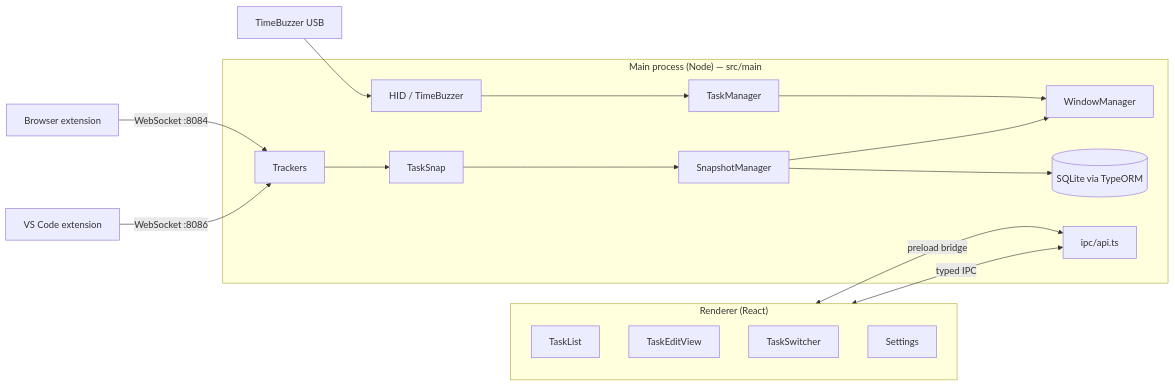
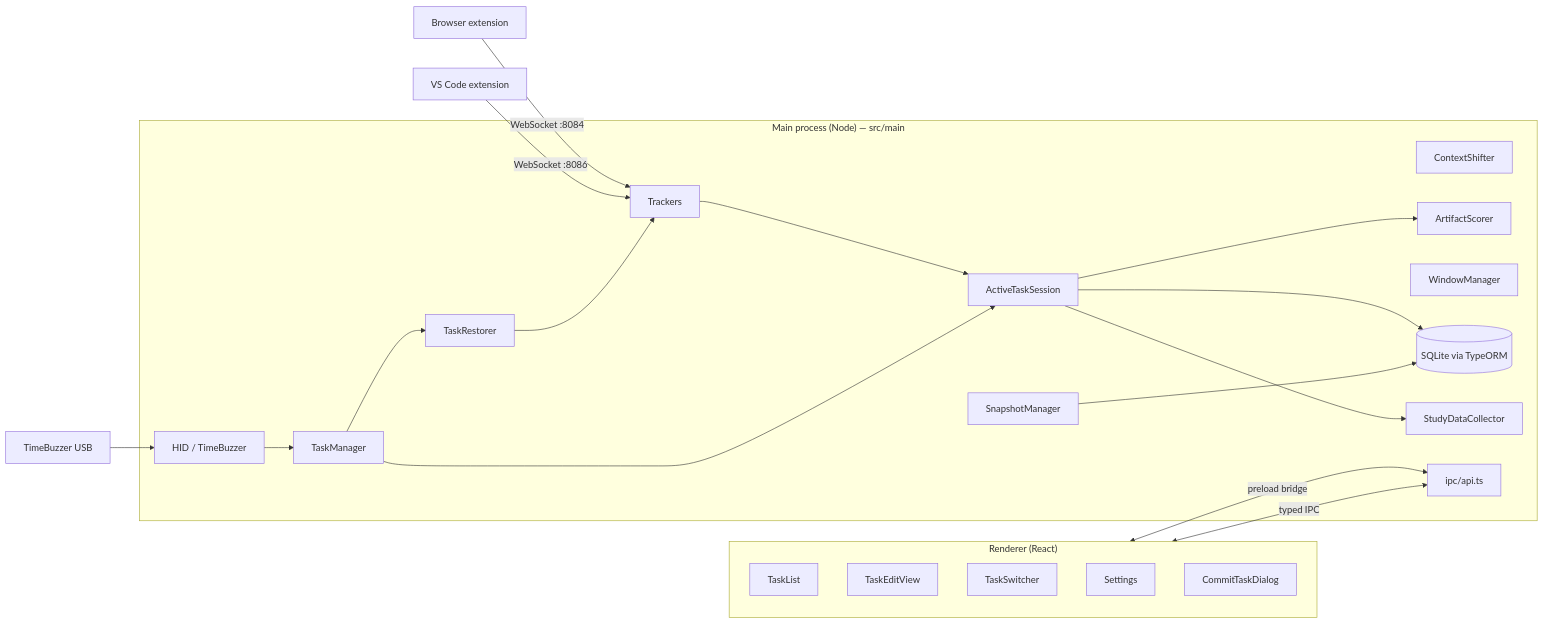
The diagram in architecture.md (StalyTV/ContextShifter), drawn with Mermaid before and after one commit. The commit also changed other lines of this file, not shown here.

First line of the commit message:
docs: rewrite architecture.md for the ContextShifter active-task model

````diff
--- a/architecture.md
+++ b/architecture.md
@@ -31,32 +49,41 @@
 ```mermaid
 flowchart LR
     subgraph Main["Main process (Node) — src/main"]
-      TS[TaskSnap]
+      CS[ContextShifter]
+      ATS[ActiveTaskSession]
+      SC[ArtifactScorer]
+      TM[TaskManager]
+      TRrestore[TaskRestorer]
       SM[SnapshotManager]
-      TM[TaskManager]
       WM[WindowManager]
       DB[(SQLite via TypeORM)]
       TR[Trackers]
       HID[HID / TimeBuzzer]
+      SDC[StudyDataCollector]
       IPC[ipc/api.ts]
     end
 
     subgraph Renderer["Renderer (React)"]
       TaskList
       TaskEditView
       TaskSwitcher
       Settings
+      CommitDialog[CommitTaskDialog]
     end
 
     Browser[Browser extension] -->|WebSocket :8084| TR
     VSCode[VS Code extension] -->|WebSocket :8086| TR
     Dial[TimeBuzzer USB] --> HID
 
-    TR --> TS
+    TR --> ATS
     HID --> TM
-    TM --> WM
-    TS --> SM --> DB
-    SM --> WM
+    TM --> ATS
+    TM --> TRrestore
+    ATS --> SC
+    ATS --> DB
+    ATS --> SDC
+    TRrestore --> TR
+    SM --> DB
     IPC <-->|typed IPC| Renderer
     Renderer <-->|preload bridge| IPC
 ```
````
